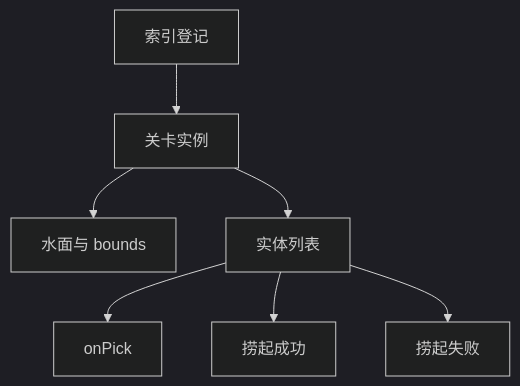
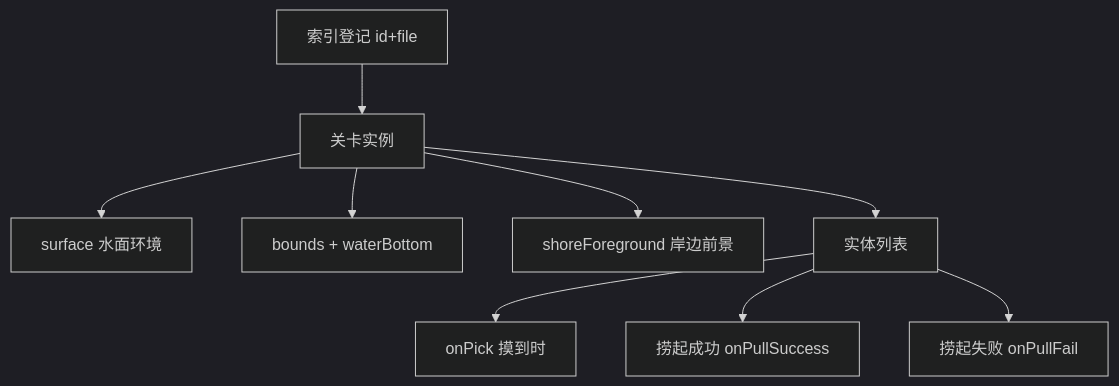
One commit to wubugui/GDoc changed the diagram in docs/editors/panels/water-minigame.md. Above: the diagram before and after it, drawn with Mermaid (dark theme). The commit also changed other lines of this file and 112 other files, not shown here.

````diff
--- a/docs/editors/panels/water-minigame.md
+++ b/docs/editors/panels/water-minigame.md
@@ -43,9 +42,11 @@
 ```mermaid
 flowchart TB
-  IDX[索引登记] --> INST[关卡实例]
-  INST --> SRF[水面与 bounds]
+  IDX[索引登记 id+file] --> INST[关卡实例]
+  INST --> SRF[surface 水面环境]
+  INST --> BND[bounds + waterBottom]
+  INST --> SHORE[shoreForeground 岸边前景]
   INST --> ENT[实体列表]
-  ENT --> PICK[onPick]
-  ENT --> OK[捞起成功]
-  ENT --> FAIL[捞起失败]
+  ENT --> PICK[onPick 摸到时]
+  ENT --> OK[捞起成功 onPullSuccess]
+  ENT --> FAIL[捞起失败 onPullFail]
 ```
````
